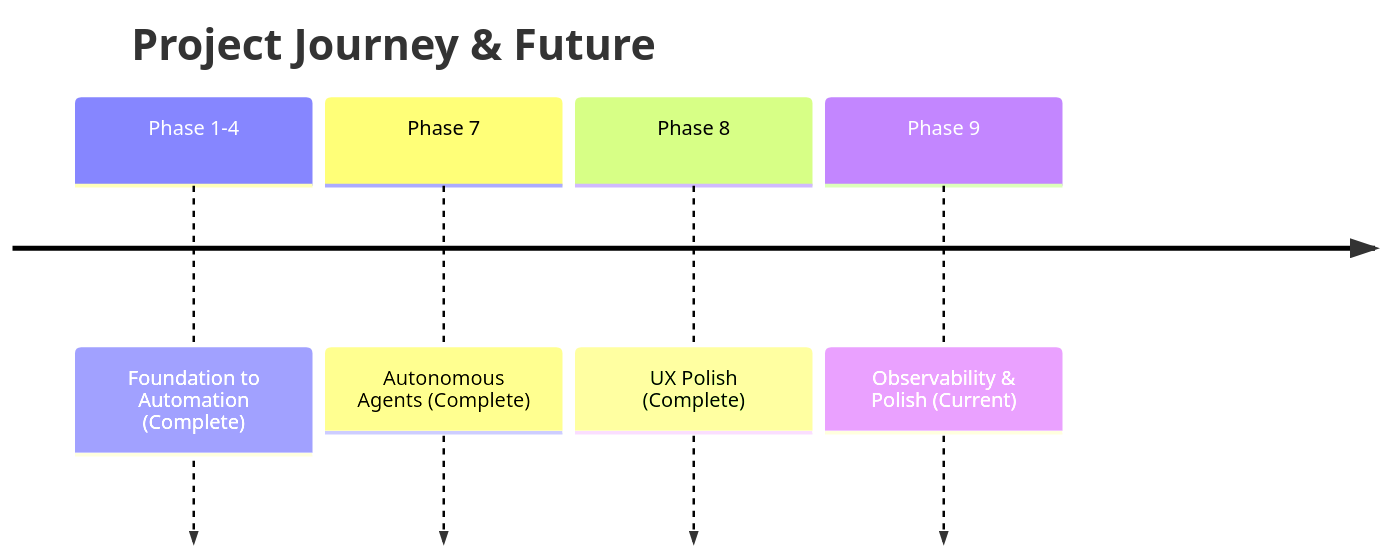
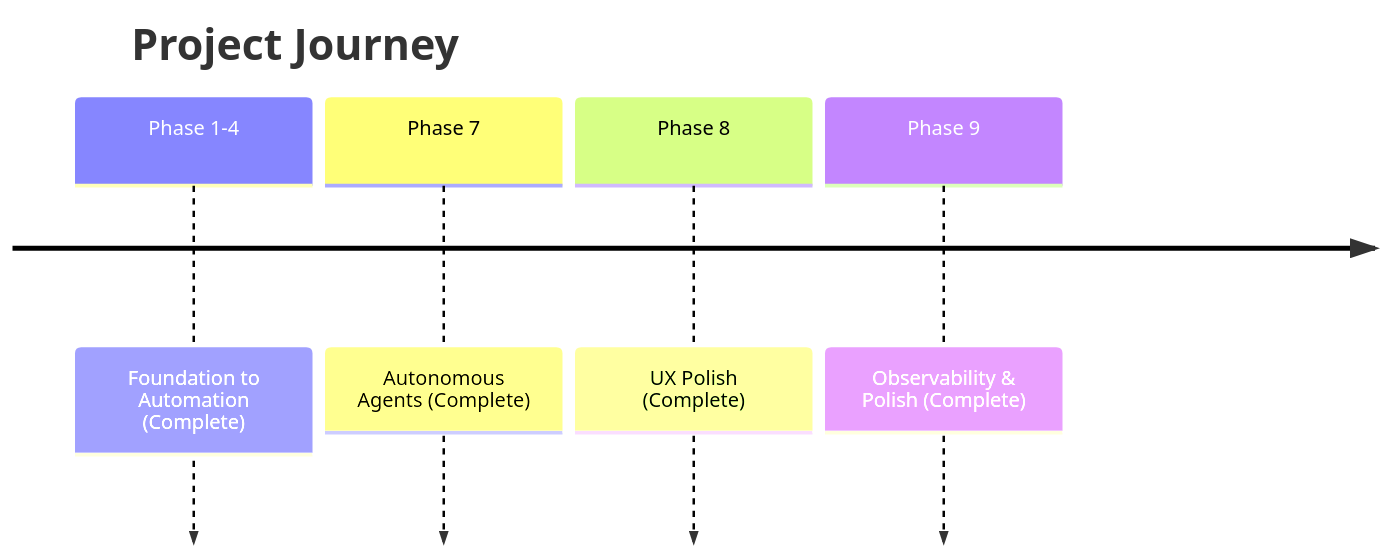
One commit to criticalinsight/trello-local-sync changed the diagram in ROADMAP.md. Above: the diagram before and after it, drawn with Mermaid. The commit also changed other lines of this file and 1 other file, not shown here.

````diff
--- a/ROADMAP.md
+++ b/ROADMAP.md
@@ -7,8 +7,8 @@
 ```mermaid
 timeline
-    title Project Journey & Future
+    title Project Journey
     Phase 1-4 : Foundation to Automation (Complete)
     Phase 7 : Autonomous Agents (Complete)
     Phase 8 : UX Polish (Complete)
-    Phase 9 : Observability & Polish (Current)
+    Phase 9 : Observability & Polish (Complete)
 ```
````
